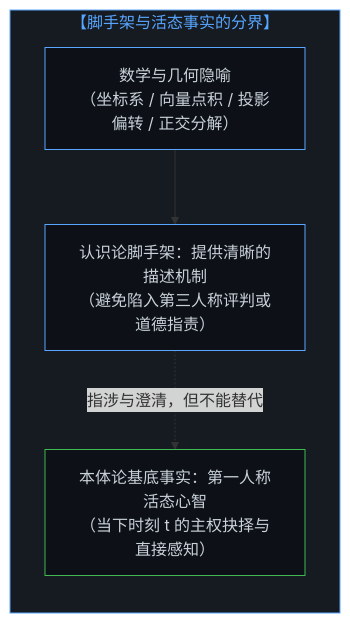
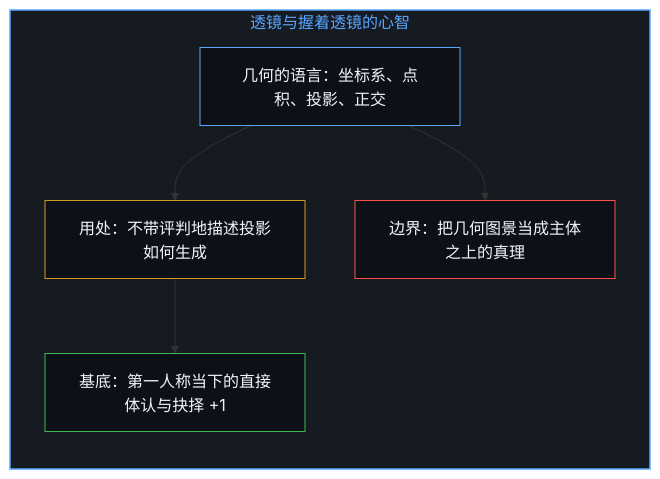
One commit to powerpig99/not-a-toe changed the seventh of 10 diagrams in content/posts/the-illusion-of-knowing-and-the-geometry-of-amputation.md. Above: the diagram before and after it, drawn with Mermaid. The commit also changed other lines of this file and 2 other files, not shown here.

Commit message:
Refine the-illusion-of-knowing: alternating bilingual layout, five paired diagrams, implicit first person

````diff
--- a/content/posts/the-illusion-of-knowing-and-the-geometry-of-amputation.md
+++ b/content/posts/the-illusion-of-knowing-and-the-geometry-of-amputation.md
@@ -201,16 +203,19 @@
 ```mermaid
-graph TD
-    subgraph S_Epistemic_Distinction["【脚手架与活态事实的分界】"]
+flowchart TD
+    subgraph S_Lens["透镜与握着透镜的心智"]
         direction TB
-        M1["数学与几何隐喻<br>（坐标系 / 向量点积 / 投影偏转 / 正交分解）"]
-        M2["认识论脚手架：提供清晰的描述机制<br>（避免陷入第三人称评判或道德指责）"]
-        M3["本体论基底事实：第一人称活态心智<br>（当下时刻 t 的主权抉择与直接感知）"]
-        M1 --> M2
-        M2 -.->|"指涉与澄清，但不能替代"| M3
+        Geometry["几何的语言：坐标系、点积、投影、正交"]
+        Use["用处：不带评判地描述投影如何生成"]
+        Ground["基底：第一人称当下的直接体认与抉择 +1"]
+        Reify["边界：把几何图景当成主体之上的真理"]
+        Geometry --> Use
+        Use --> Ground
+        Geometry --> Reify
     end
 
-    style S_Epistemic_Distinction fill:#161b22,stroke:#58a6ff,stroke-width:1px,color:#58a6ff
-    style M1 fill:#0d1117,stroke:#58a6ff,stroke-width:1px,color:#c9d1d9
-    style M2 fill:#0d1117,stroke:#58a6ff,stroke-width:1px,color:#c9d1d9
-    style M3 fill:#0d1117,stroke:#3fb950,stroke-width:1px,color:#c9d1d9
+    style S_Lens fill:#161b22,stroke:#58a6ff,stroke-width:1.5px,color:#58a6ff
+    style Geometry fill:#0d1117,stroke:#58a6ff,stroke-width:1px,color:#f0f6fc
+    style Use fill:#0d1117,stroke:#d29922,stroke-width:1px,color:#f0f6fc
+    style Ground fill:#0d1117,stroke:#3fb950,stroke-width:1px,color:#f0f6fc
+    style Reify fill:#0d1117,stroke:#f85149,stroke-width:1px,color:#f0f6fc
 ```
````
